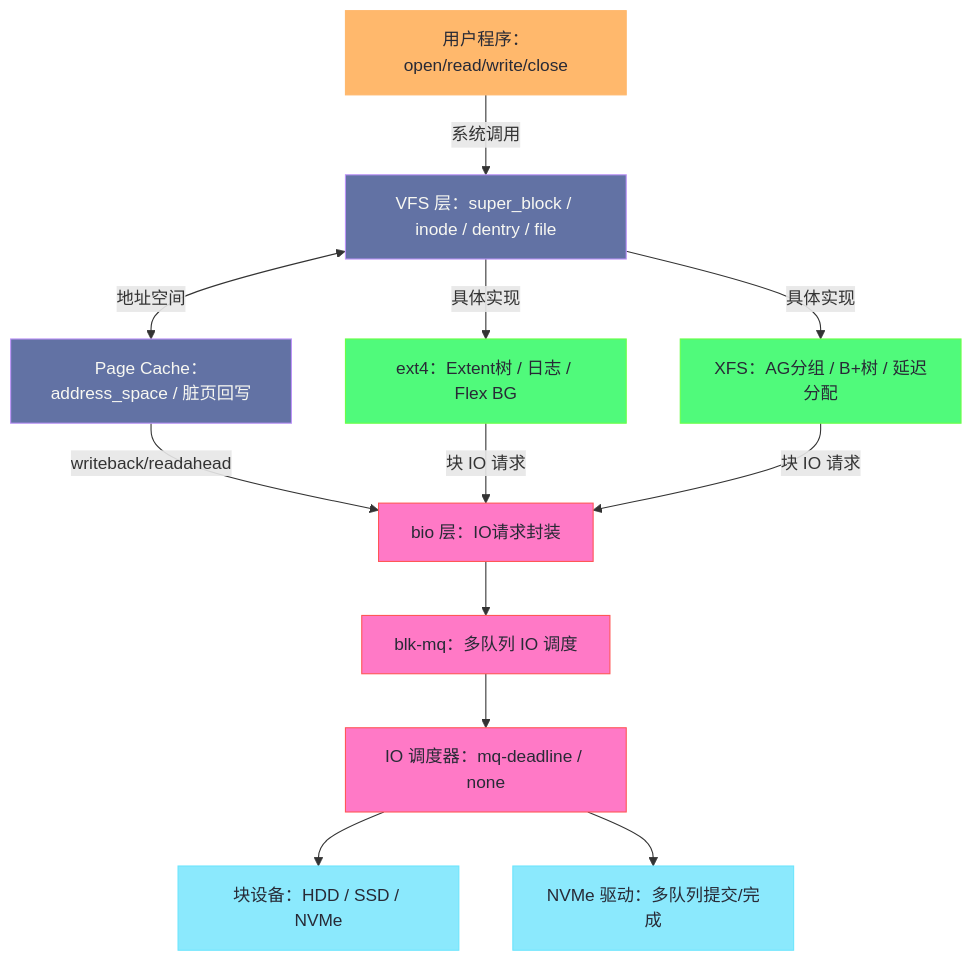
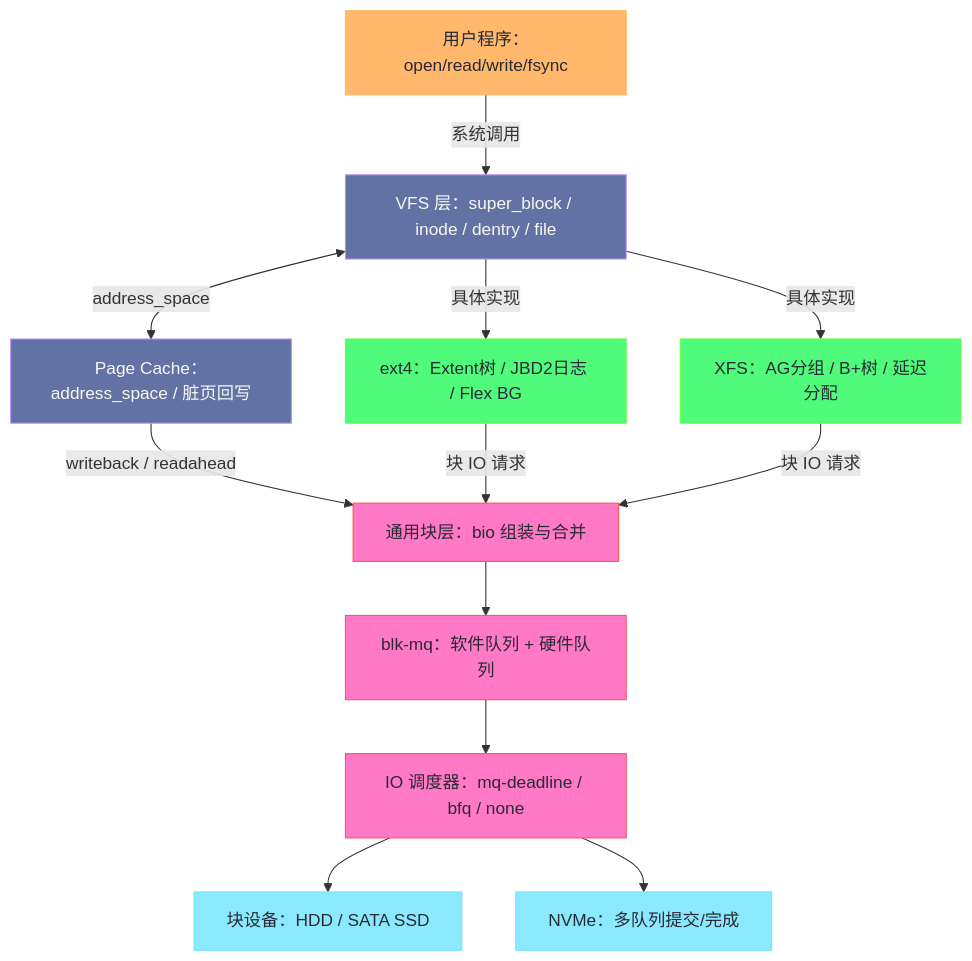
The diagram in content/Linux/文件系统/00 专栏导览.md (hpliStartAgain/my-brain), drawn with Mermaid before and after one commit. The commit also changed other lines of this file and 47 other files, not shown here.

````diff
--- a/content/Linux/文件系统/00 专栏导览.md
+++ b/content/Linux/文件系统/00 专栏导览.md
@@ -58,36 +62,36 @@
 ```mermaid
 %%{init: {'theme': 'dracula'}}%%
 graph TD
     classDef user fill:#ffb86c,stroke:#ffb86c,color:#282a36
     classDef vfs fill:#6272a4,stroke:#bd93f9,color:#f8f8f2
     classDef fs fill:#50fa7b,stroke:#69ff47,color:#282a36
     classDef block fill:#ff79c6,stroke:#ff5555,color:#282a36
     classDef hw fill:#8be9fd,stroke:#6be5fd,color:#282a36
 
-    U["用户程序：open/read/write/close"]:::user
+    U["用户程序：open/read/write/fsync"]:::user
 
     VFS["VFS 层：super_block / inode / dentry / file"]:::vfs
     PC["Page Cache：address_space / 脏页回写"]:::vfs
 
-    EXT4["ext4：Extent树 / 日志 / Flex BG"]:::fs
+    EXT4["ext4：Extent树 / JBD2日志 / Flex BG"]:::fs
     XFS["XFS：AG分组 / B+树 / 延迟分配"]:::fs
 
-    BIO["bio 层：IO请求封装"]:::block
-    BLKMQ["blk-mq：多队列 IO 调度"]:::block
-    IOSCHED["IO 调度器：mq-deadline / none"]:::block
+    BIO["通用块层：bio 组装与合并"]:::block
+    BLKMQ["blk-mq：软件队列 + 硬件队列"]:::block
+    IOSCHED["IO 调度器：mq-deadline / bfq / none"]:::block
 
-    DISK["块设备：HDD / SSD / NVMe"]:::hw
-    NVME["NVMe 驱动：多队列提交/完成"]:::hw
+    DISK["块设备：HDD / SATA SSD"]:::hw
+    NVME["NVMe：多队列提交/完成"]:::hw
 
     U -->|"系统调用"| VFS
-    VFS <-->|"地址空间"| PC
+    VFS <-->|"address_space"| PC
     VFS -->|"具体实现"| EXT4
     VFS -->|"具体实现"| XFS
-    PC -->|"writeback/readahead"| BIO
+    PC -->|"writeback / readahead"| BIO
     EXT4 -->|"块 IO 请求"| BIO
     XFS -->|"块 IO 请求"| BIO
     BIO --> BLKMQ
     BLKMQ --> IOSCHED
     IOSCHED --> DISK
     IOSCHED --> NVME
 ```
````
